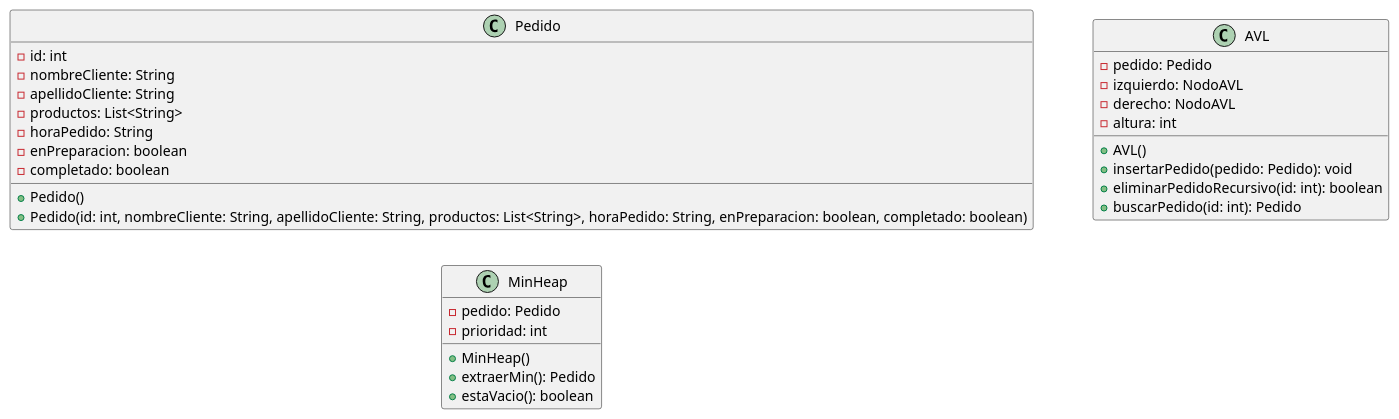
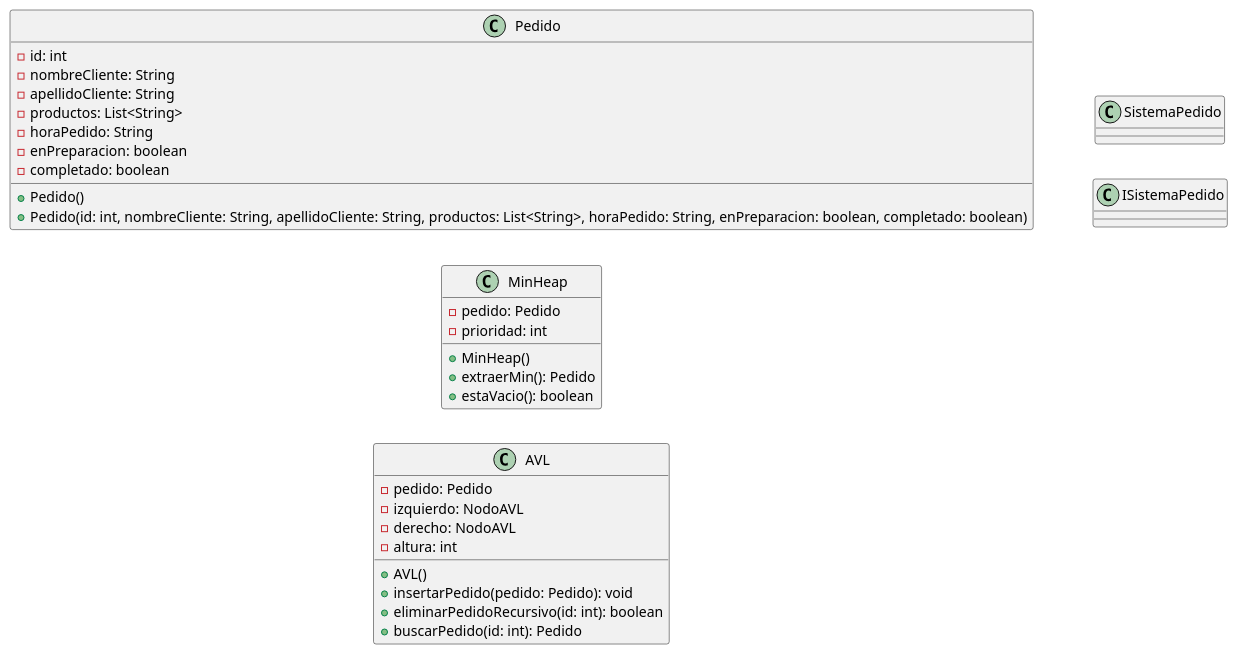
Before and after one commit to FelipeRojoC/CLION_Taller2_FelipeRojo: the diagram in DiagramaDeClases.puml, drawn with PlantUML.

Commit message:
feat: se me olvido poner que en minheap agregue el metodo cancelarPedido, falta tambien implementar diagrama de clases SistemaPedido y ISistemaPedido con sus respectivas relaciones

```diff
--- a/DiagramaDeClases.puml
+++ b/DiagramaDeClases.puml
@@ -1,36 +1,41 @@
 @startuml
 
 left to right direction
 
 class Pedido{
     - id: int
     - nombreCliente: String
     - apellidoCliente: String
     - productos: List<String>
     - horaPedido: String
     - enPreparacion: boolean
     - completado: boolean
     + Pedido()
     + Pedido(id: int, nombreCliente: String, apellidoCliente: String, productos: List<String>, horaPedido: String, enPreparacion: boolean, completado: boolean)
 }
 
 class MinHeap{
     - pedido: Pedido
     - prioridad: int
     + MinHeap()
     + extraerMin(): Pedido
     + estaVacio(): boolean
 }
 
 class AVL{
     - pedido: Pedido
     - izquierdo: NodoAVL
     - derecho: NodoAVL
     - altura: int
     + AVL()
     + insertarPedido(pedido: Pedido): void
     + eliminarPedidoRecursivo(id: int): boolean
     + buscarPedido(id: int): Pedido
 }
 
+class SistemaPedido{
+}
+
+class ISistemaPedido{
+}
 @enduml
```
